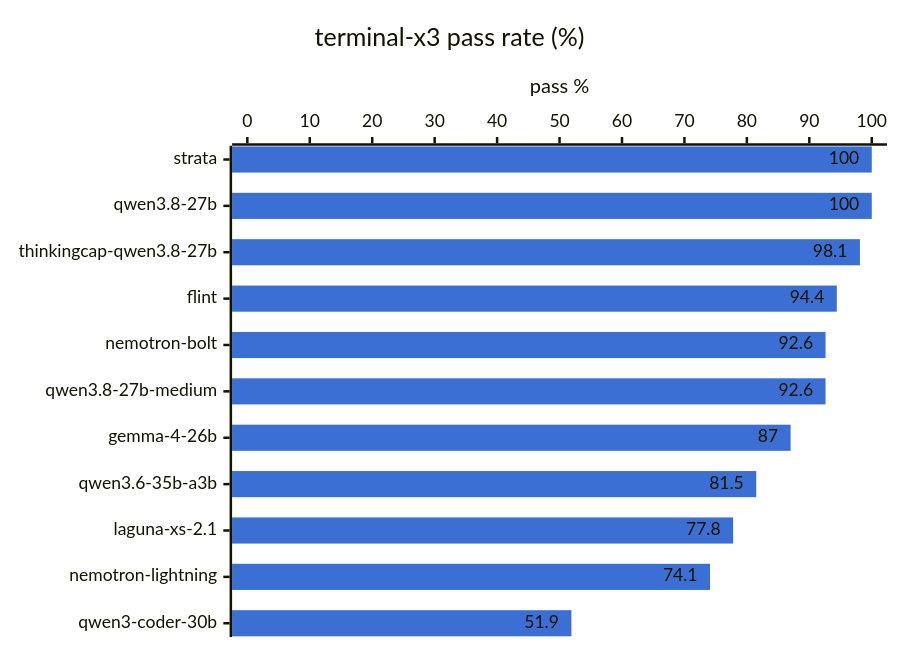
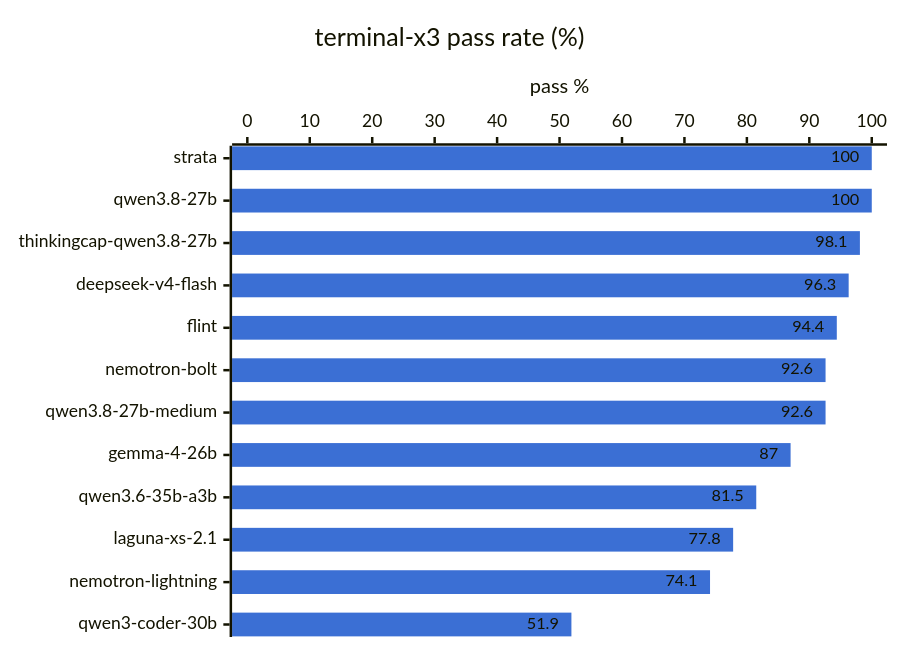
One commit to hofftodd/ai-bench changed the first of 3 diagrams in RESULTS.md. Above: the diagram before and after it, drawn with Mermaid. The commit also changed other lines of this file and 4 other files, not shown here.

````diff
--- a/RESULTS.md
+++ b/RESULTS.md
@@ -11,8 +11,8 @@
 ```mermaid
 %%{init: {"xyChart": {"showDataLabel": true}, "themeVariables": {"xyChart": {"plotColorPalette": "#3b6fd4"}}}}%%
 xychart-beta horizontal
     title "terminal-x3 pass rate (%)"
-    x-axis ["strata", "qwen3.8-27b", "thinkingcap-qwen3.8-27b", "flint", "nemotron-bolt", "qwen3.8-27b-medium", "gemma-4-26b", "qwen3.6-35b-a3b", "laguna-xs-2.1", "nemotron-lightning", "qwen3-coder-30b"]
+    x-axis ["strata", "qwen3.8-27b", "thinkingcap-qwen3.8-27b", "deepseek-v4-flash", "flint", "nemotron-bolt", "qwen3.8-27b-medium", "gemma-4-26b", "qwen3.6-35b-a3b", "laguna-xs-2.1", "nemotron-lightning", "qwen3-coder-30b"]
     y-axis "pass %" 0 --> 100
-    bar [100.0, 100.0, 98.1, 94.4, 92.6, 92.6, 87.0, 81.5, 77.8, 74.1, 51.9]
+    bar [100.0, 100.0, 98.1, 96.3, 94.4, 92.6, 92.6, 87.0, 81.5, 77.8, 74.1, 51.9]
 ```
````
